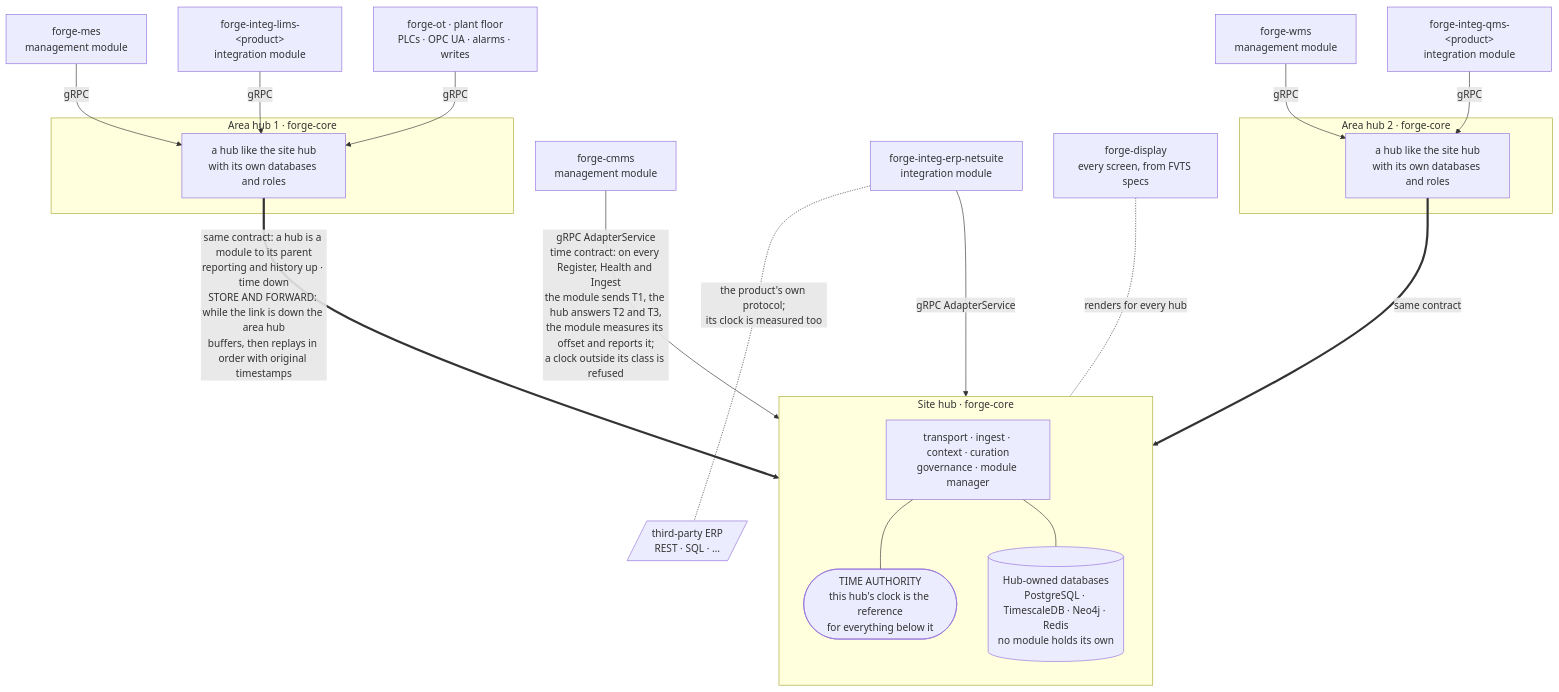
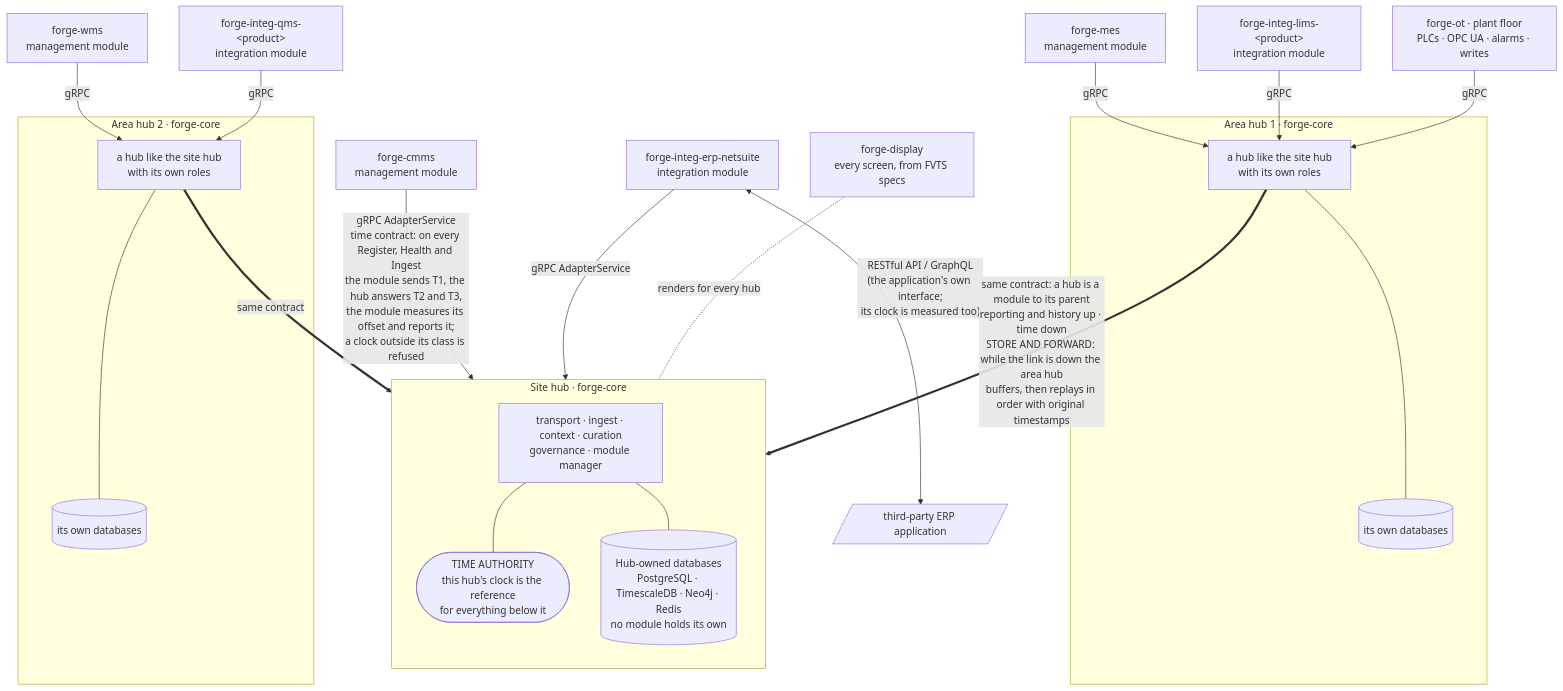
One commit to reh3376/forge changed the first of 26 diagrams in docs/tutorial.md. Above: the diagram before and after it, drawn with Mermaid. The commit also changed other lines of this file and 87 other files, not shown here.

First line of the commit message:
feat: every FxTS schema is versioned, hashed and approved; a spec records the schema it was approved against (FB-151, FB-172, FB-170)

````diff
--- a/docs/tutorial.md
+++ b/docs/tutorial.md
@@ -170,33 +170,37 @@
 ```mermaid
 flowchart TD
   subgraph SITE["Site hub · forge-core"]
     direction TB
     SH["transport · ingest · context · curation<br/>governance · module manager"]
     TA(["TIME AUTHORITY<br/>this hub's clock is the reference<br/>for everything below it"])
     DB[("Hub-owned databases<br/>PostgreSQL · TimescaleDB · Neo4j · Redis<br/>no module holds its own")]
     SH --- TA
     SH --- DB
   end
   SM1["forge-cmms<br/>management module"]
   SM2["forge-integ-erp-netsuite<br/>integration module"]
-  ERP[/"third-party ERP<br/>REST · SQL · …"/]
+  ERP[/"third-party ERP application"/]
   SM1 -- "gRPC AdapterService<br/>time contract: on every Register, Health and Ingest<br/>the module sends T1, the hub answers T2 and T3,<br/>the module measures its offset and reports it;<br/>a clock outside its class is refused" --> SH
   SM2 -- "gRPC AdapterService" --> SH
-  SM2 -. "the product's own protocol;<br/>its clock is measured too" .- ERP
+  SM2 <-- "RESTful API / GraphQL<br/>(the application's own interface;<br/>its clock is measured too)" --> ERP
 
   subgraph A1["Area hub 1 · forge-core"]
-    AH1["a hub like the site hub<br/>with its own databases and roles"]
+    AH1["a hub like the site hub<br/>with its own roles"]
+    DB1[("its own databases")]
+    AH1 --- DB1
   end
   subgraph A2["Area hub 2 · forge-core"]
-    AH2["a hub like the site hub<br/>with its own databases and roles"]
+    AH2["a hub like the site hub<br/>with its own roles"]
+    DB2[("its own databases")]
+    AH2 --- DB2
   end
   AH1 == "same contract: a hub is a module to its parent<br/>reporting and history up · time down<br/>STORE AND FORWARD: while the link is down the area hub<br/>buffers, then replays in order with original timestamps" ==> SH
   AH2 == "same contract" ==> SH
 
   M11["forge-mes<br/>management module"] -- "gRPC" --> AH1
   M12["forge-integ-lims-&lt;product&gt;<br/>integration module"] -- "gRPC" --> AH1
   M21["forge-wms<br/>management module"] -- "gRPC" --> AH2
   M22["forge-integ-qms-&lt;product&gt;<br/>integration module"] -- "gRPC" --> AH2
   OT["forge-ot · plant floor<br/>PLCs · OPC UA · alarms · writes"] -- "gRPC" --> AH1
   D["forge-display<br/>every screen, from FVTS specs"] -. "renders for every hub" .- SH
 ```
````
